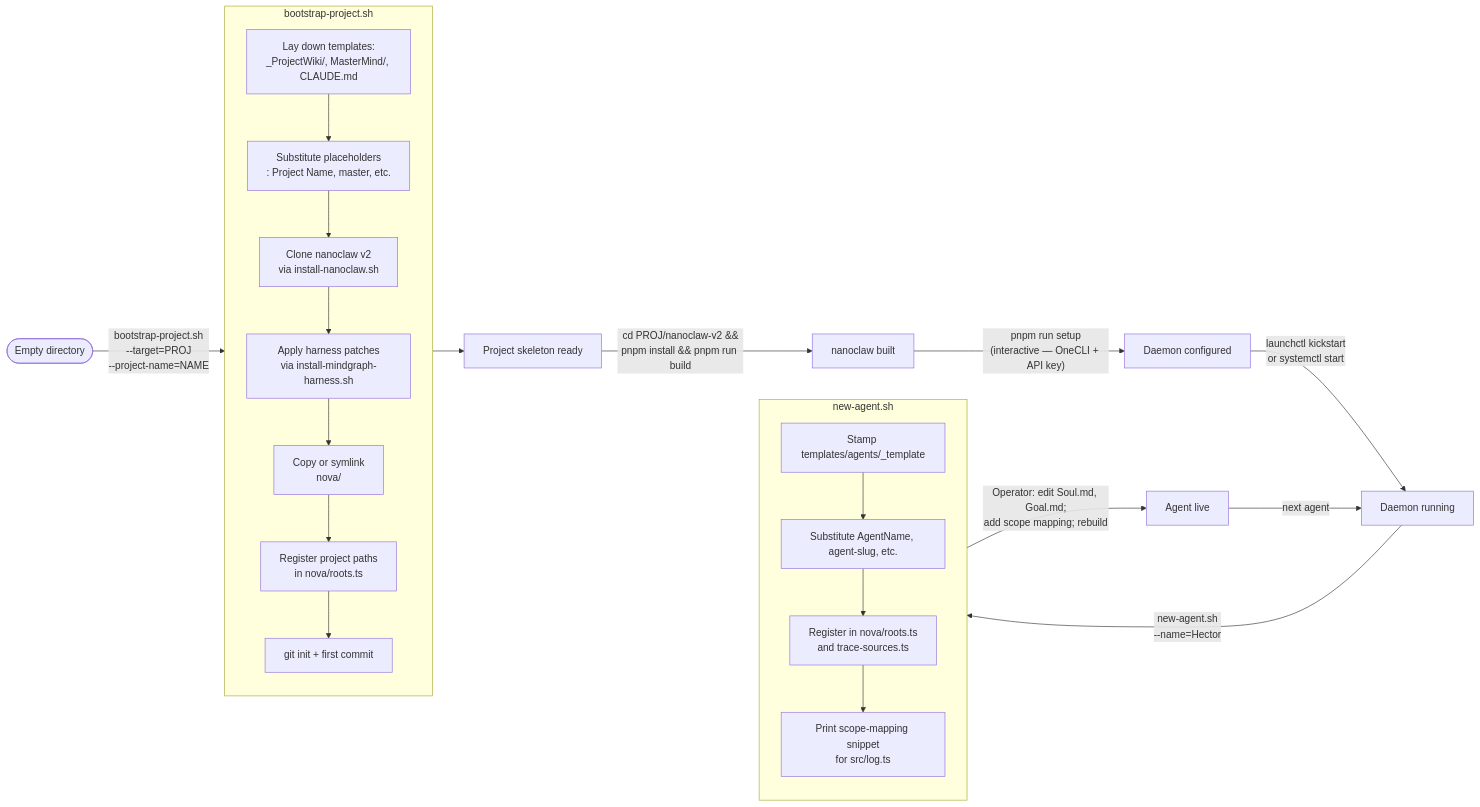
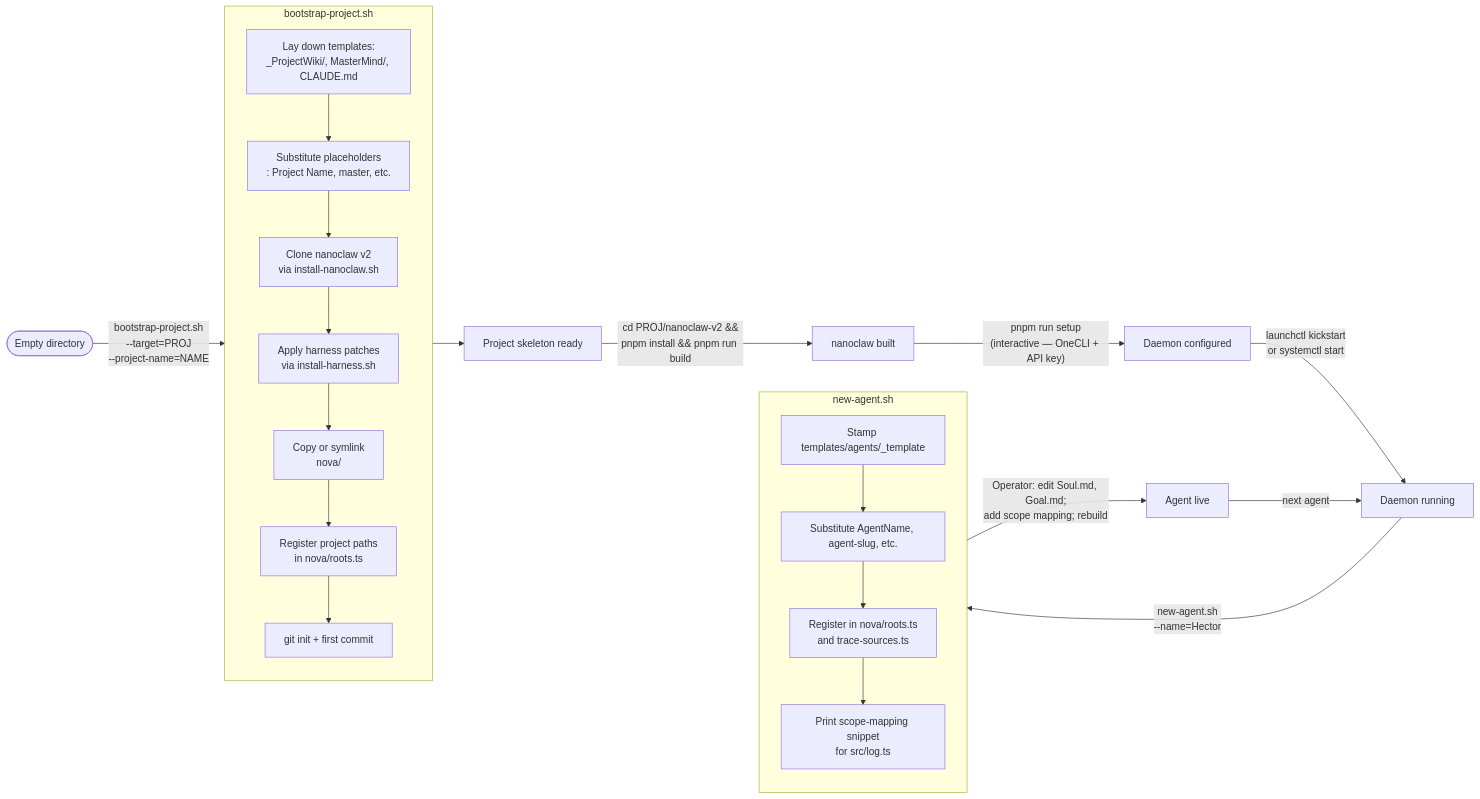
The fourth of 4 diagrams in ARCHITECTURE.md (novaoptimiprime/nanoclaw-harness), drawn with Mermaid before and after one commit. The commit also changed other lines of this file and 16 other files, not shown here.

First line of the commit message:
Rename: nanoclaw-mindgraph-harness → nanoclaw-harness

````diff
--- a/ARCHITECTURE.md
+++ b/ARCHITECTURE.md
@@ -180,33 +180,33 @@
 ```mermaid
 flowchart LR
     START([Empty directory]) -->|"bootstrap-project.sh<br/>--target=PROJ<br/>--project-name=NAME"| BOOT
     
     subgraph BOOT [bootstrap-project.sh]
         direction TB
         B1[Lay down templates:<br/>_ProjectWiki/, MasterMind/, CLAUDE.md] -->
         B2[Substitute placeholders<br/>: Project Name, master, etc.] -->
         B3[Clone nanoclaw v2<br/>via install-nanoclaw.sh] -->
-        B4[Apply harness patches<br/>via install-mindgraph-harness.sh] -->
+        B4[Apply harness patches<br/>via install-harness.sh] -->
         B5[Copy or symlink<br/>nova/] -->
         B6[Register project paths<br/>in nova/roots.ts] -->
         B7[git init + first commit]
     end
     
     BOOT --> SKEL[Project skeleton ready]
     SKEL -->|"cd PROJ/nanoclaw-v2 &&<br/>pnpm install && pnpm run build"| BUILT[nanoclaw built]
     BUILT -->|"pnpm run setup<br/>(interactive — OneCLI + API key)"| READY[Daemon configured]
     READY -->|"launchctl kickstart<br/>or systemctl start"| RUNNING[Daemon running]
     
     RUNNING -->|"new-agent.sh<br/>--name=Hector"| AGENT
     
     subgraph AGENT [new-agent.sh]
         direction TB
         A1[Stamp templates/agents/_template] -->
         A2[Substitute AgentName, agent-slug, etc.] -->
         A3[Register in nova/roots.ts<br/>and trace-sources.ts] -->
         A4[Print scope-mapping snippet<br/>for src/log.ts]
     end
     
     AGENT -->|"Operator: edit Soul.md, Goal.md;<br/>add scope mapping; rebuild"| AGENTLIVE[Agent live]
     AGENTLIVE -->|next agent| RUNNING
 ```
````
